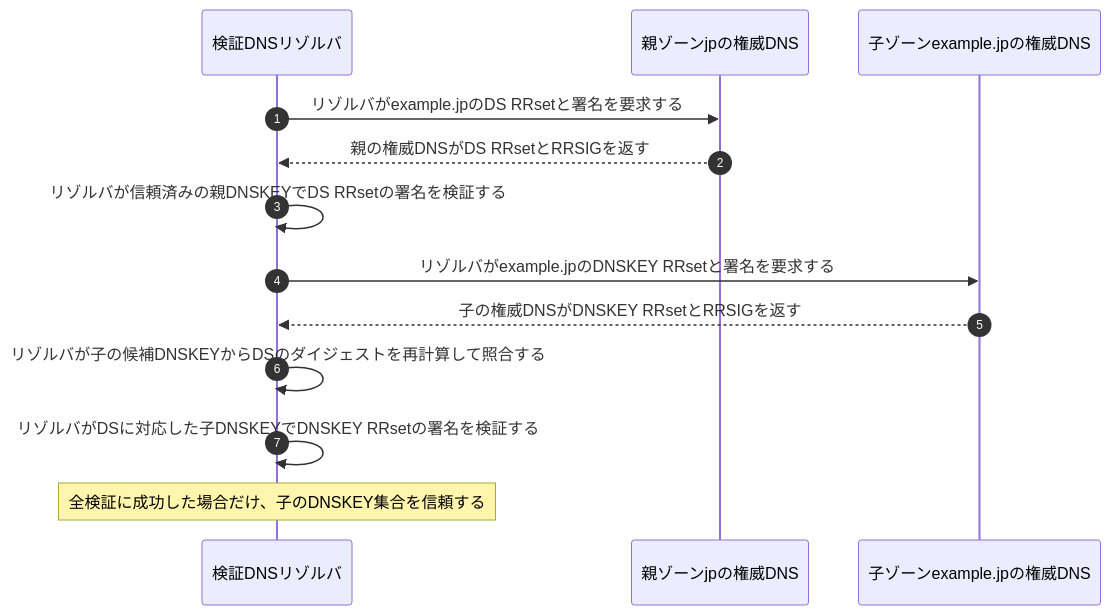
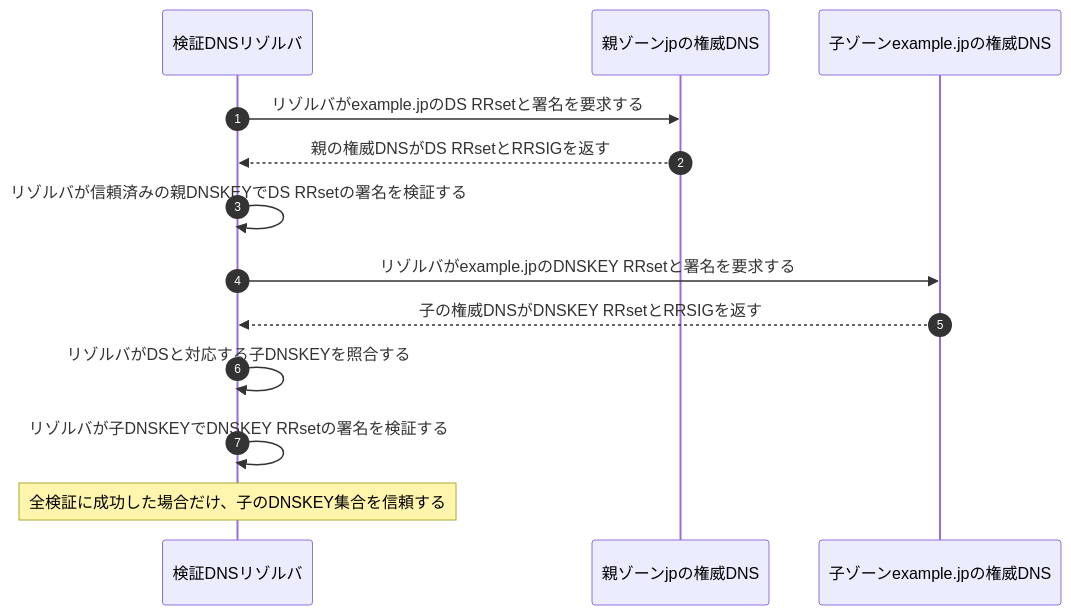
The first of 2 diagrams in 復習用/流れ図/DNSSEC.md (ryusuke2003/security-specialist-study), drawn with Mermaid before and after one commit. The commit also changed other lines of this file, not shown here.

Commit message:
DNSSEC流れ図のDS計算詳細を整理

````diff
--- a/復習用/流れ図/DNSSEC.md
+++ b/復習用/流れ図/DNSSEC.md
@@ -40,16 +40,16 @@
 ```mermaid
 sequenceDiagram
     autonumber
     participant R as 検証DNSリゾルバ
     participant P as 親ゾーンjpの権威DNS
     participant C as 子ゾーンexample.jpの権威DNS
 
     R->>P: リゾルバがexample.jpのDS RRsetと署名を要求する
     P-->>R: 親の権威DNSがDS RRsetとRRSIGを返す
     R->>R: リゾルバが信頼済みの親DNSKEYでDS RRsetの署名を検証する
     R->>C: リゾルバがexample.jpのDNSKEY RRsetと署名を要求する
     C-->>R: 子の権威DNSがDNSKEY RRsetとRRSIGを返す
-    R->>R: リゾルバが子の候補DNSKEYからDSのダイジェストを再計算して照合する
-    R->>R: リゾルバがDSに対応した子DNSKEYでDNSKEY RRsetの署名を検証する
+    R->>R: リゾルバがDSと対応する子DNSKEYを照合する
+    R->>R: リゾルバが子DNSKEYでDNSKEY RRsetの署名を検証する
     Note over R: 全検証に成功した場合だけ、子のDNSKEY集合を信頼する
 ```
````
